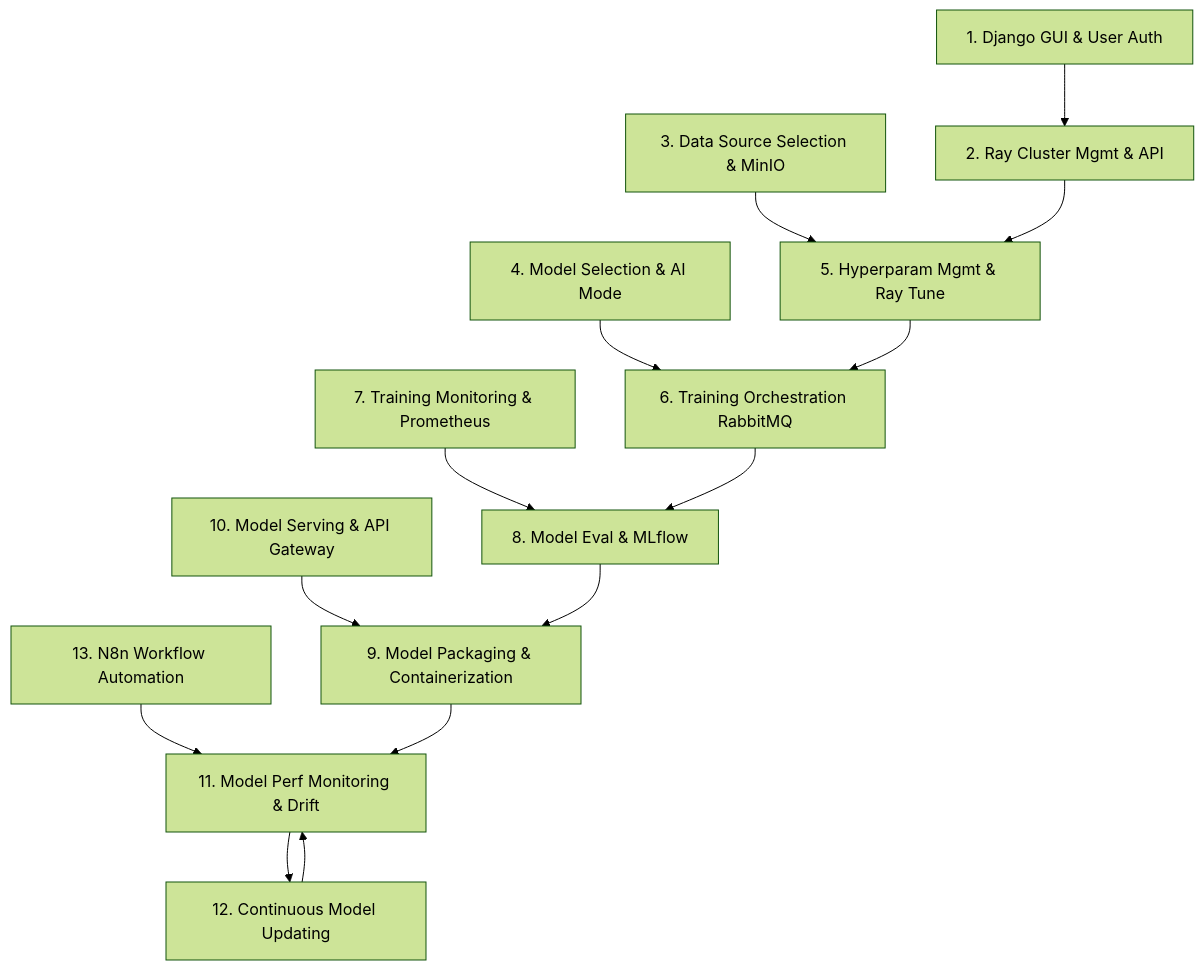
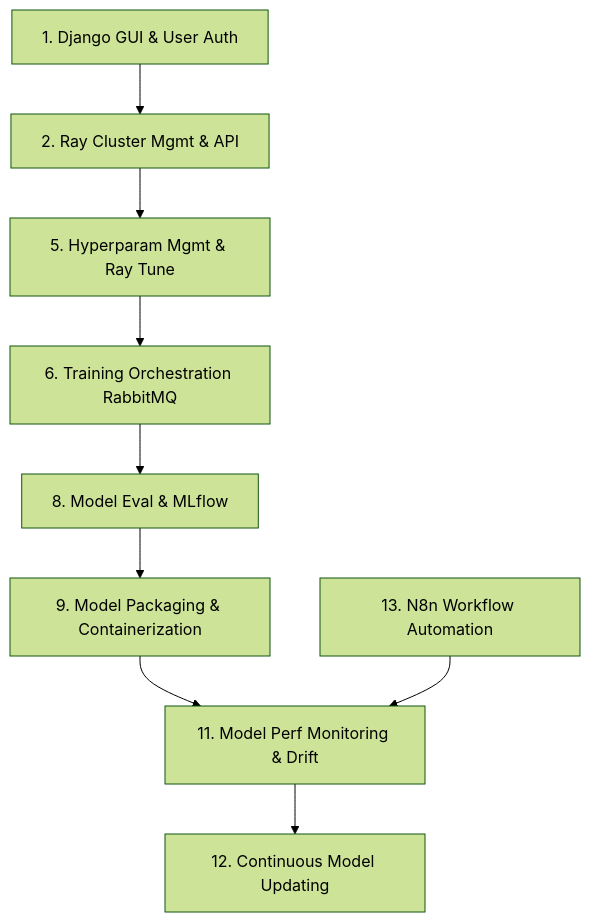
The third of 3 diagrams in project/readme.md (username-not-important/cloud-computing-2025), drawn with Mermaid (forest theme) before and after one commit. The commit also changed other lines of this file, not shown here.

````diff
--- a/project/readme.md
+++ b/project/readme.md
@@ -290,18 +223,11 @@
 ```mermaid
 flowchart TD
     L1[1. Django GUI & User Auth] --> H1[2. Ray Cluster Mgmt & API]
-    L2[3. Data Source Selection & MinIO] --> H2[5. Hyperparam Mgmt & Ray Tune]
-    L3[4. Model Selection & AI Mode] --> H3[6. Training Orchestration RabbitMQ]
-    L4[7. Training Monitoring & Prometheus] --> H4[8. Model Eval & MLflow]
-    L5[10. Model Serving & API Gateway] --> H5[9. Model Packaging & Containerization]
-    L6[12. Continuous Model Updating] --> H6[11. Model Perf Monitoring & Drift]
+    H1 --> H2[5. Hyperparam Mgmt & Ray Tune]
+    H2 --> H3[6. Training Orchestration RabbitMQ]
+    H3 --> H4[8. Model Eval & MLflow]
+    H4 --> H5[9. Model Packaging & Containerization]
+    H5 --> H6[11. Model Perf Monitoring & Drift]
+    H6 --> L6[12. Continuous Model Updating]
     L7[13. N8n Workflow Automation] --> H6
-
-    %% Show overall flow
-    H1 --> H2
-    H2 --> H3
-    H3 --> H4
-    H4 --> H5
-    H5 --> H6
-    H6 --> L6
 ```
````
